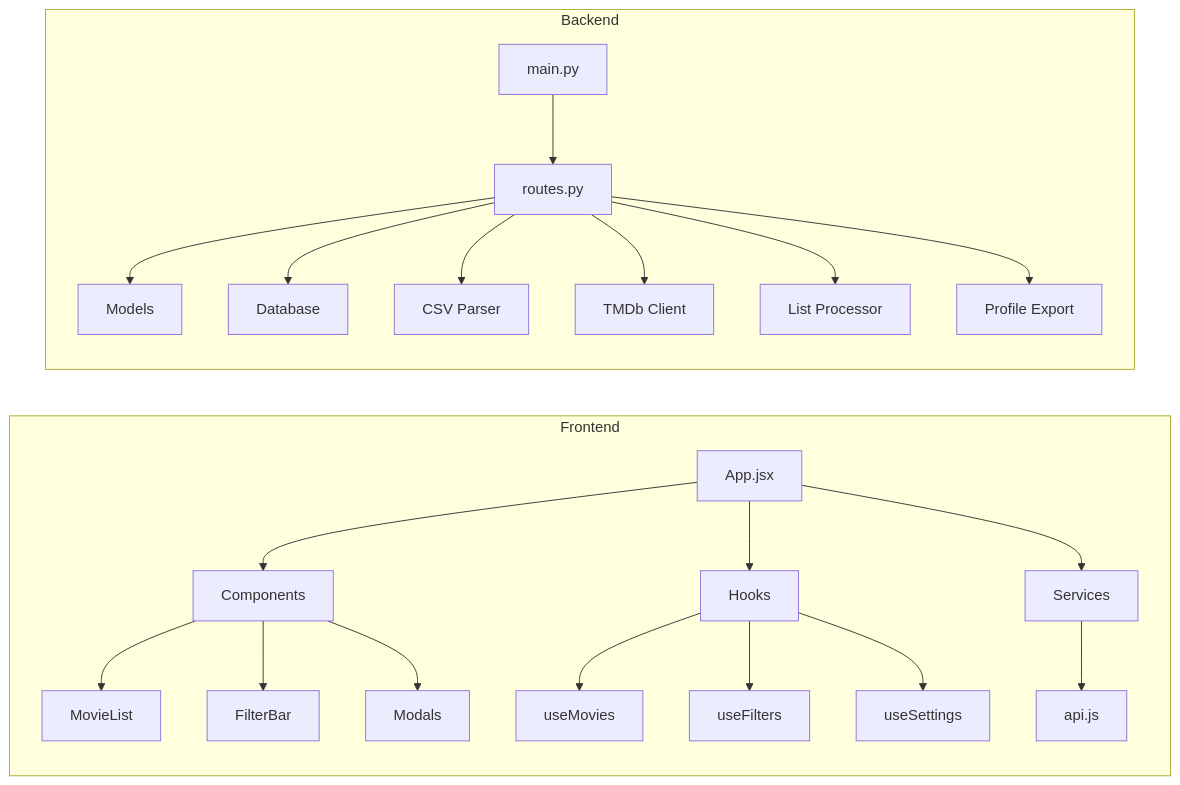
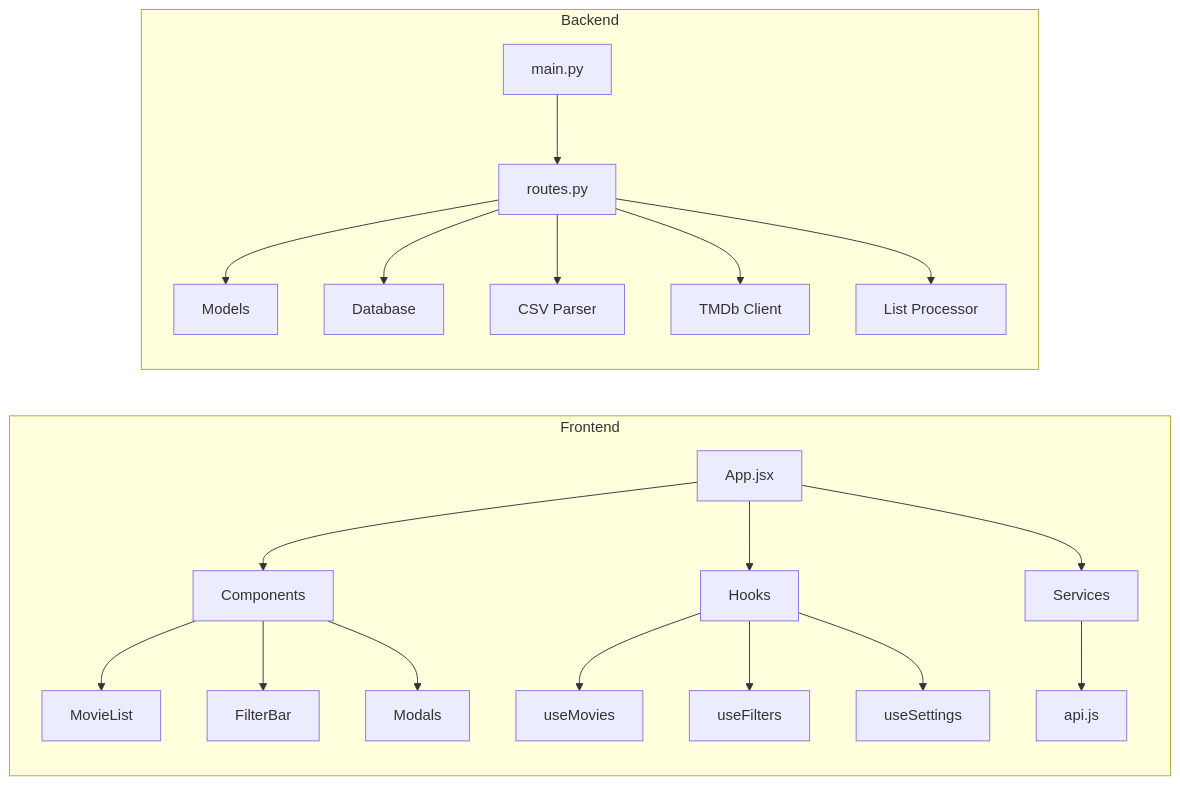
The second of 8 diagrams in TECHNICAL_DOCUMENTATION.md (nhanna95/movieswatchlist.net), drawn with Mermaid before and after one commit. The commit also changed other lines of this file and 44 other files, not shown here.

````diff
--- a/TECHNICAL_DOCUMENTATION.md
+++ b/TECHNICAL_DOCUMENTATION.md
@@ -62,25 +62,24 @@
 ```mermaid
 graph LR
     subgraph Frontend
         A[App.jsx] --> B[Components]
         A --> C[Hooks]
         A --> D[Services]
         B --> E[MovieList]
         B --> F[FilterBar]
         B --> G[Modals]
         C --> H[useMovies]
         C --> I[useFilters]
         C --> J[useSettings]
         D --> K[api.js]
     end
     
     subgraph Backend
         L[main.py] --> M[routes.py]
         M --> N[Models]
         M --> O[Database]
         M --> P[CSV Parser]
         M --> Q[TMDb Client]
         M --> R[List Processor]
-        M --> S[Profile Export]
     end
 ```
````
